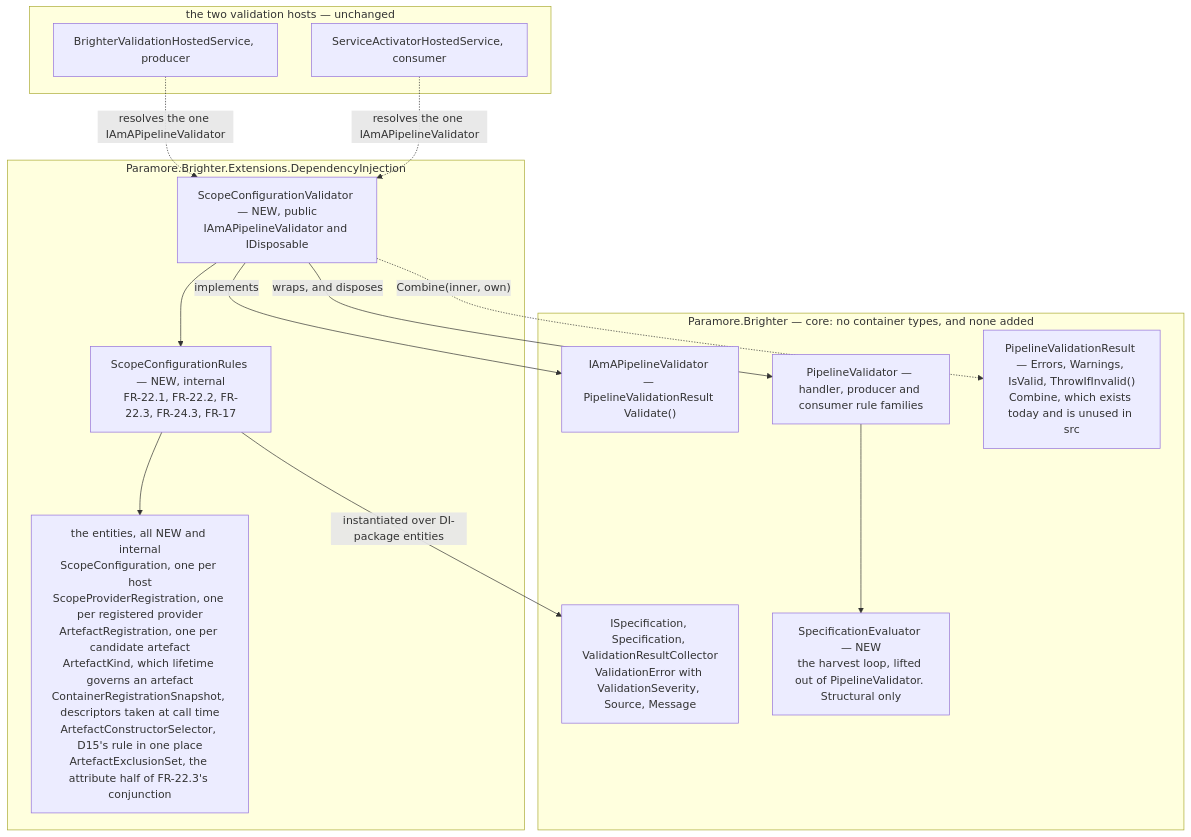
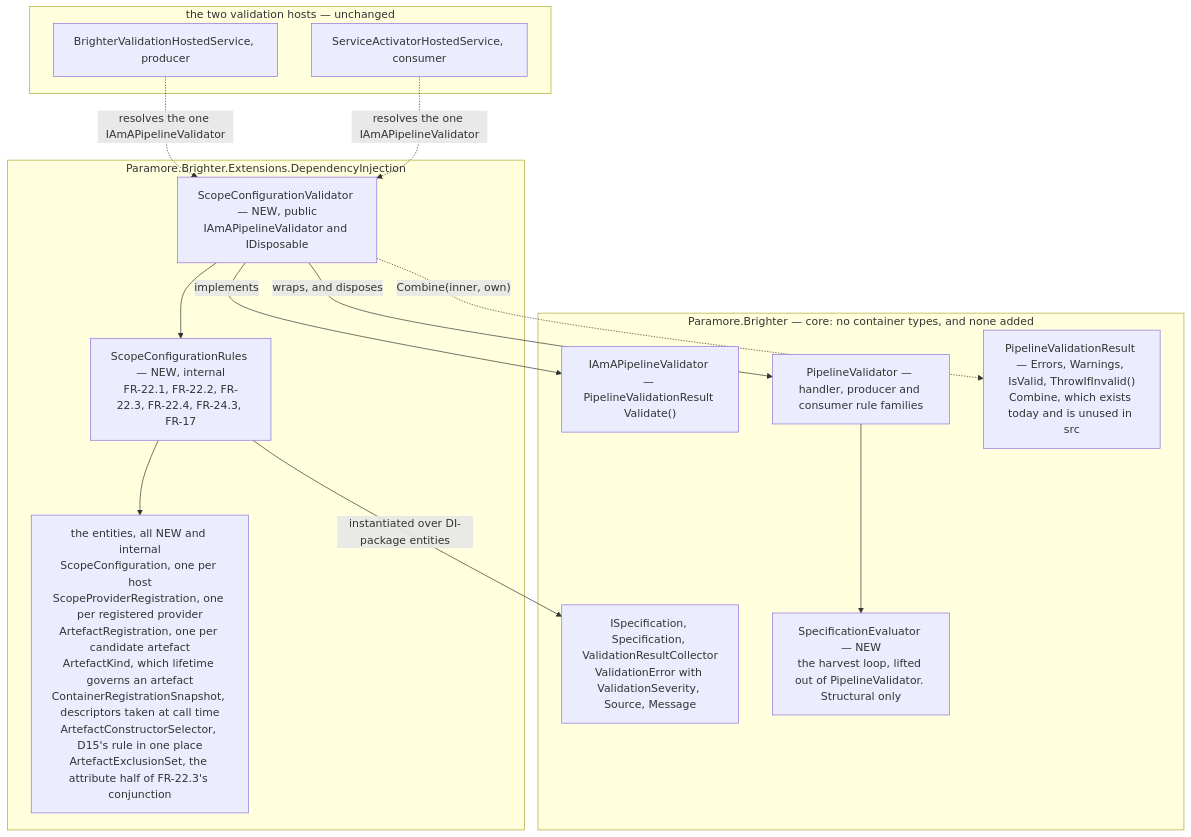
One commit to BrighterCommand/Brighter changed the second of 2 diagrams in docs/adr/0074-lifetime-validation-evaluation-site.md. Above: the diagram before and after it, drawn with Mermaid. The commit also changed other lines of this file and 3 other files, not shown here.

````diff
--- a/docs/adr/0074-lifetime-validation-evaluation-site.md
+++ b/docs/adr/0074-lifetime-validation-evaluation-site.md
@@ -152,31 +154,31 @@
 ```mermaid
 flowchart TB
     subgraph core["Paramore.Brighter — core: no container types, and none added"]
         iface["IAmAPipelineValidator — PipelineValidationResult Validate()"]
         pv["PipelineValidator — handler, producer and consumer rule families"]
         result["PipelineValidationResult — Errors, Warnings, IsValid, ThrowIfInvalid()<br/>Combine, which exists today and is unused in src"]
         specs["ISpecification, Specification, ValidationResultCollector<br/>ValidationError with ValidationSeverity, Source, Message"]
         eval["SpecificationEvaluator — NEW<br/>the harvest loop, lifted out of PipelineValidator. Structural only"]
         pv --> eval
     end
 
     subgraph di["Paramore.Brighter.Extensions.DependencyInjection"]
         dec["ScopeConfigurationValidator — NEW, public<br/>IAmAPipelineValidator and IDisposable"]
-        rules["ScopeConfigurationRules — NEW, internal<br/>FR-22.1, FR-22.2, FR-22.3, FR-24.3, FR-17"]
+        rules["ScopeConfigurationRules — NEW, internal<br/>FR-22.1, FR-22.2, FR-22.3, FR-22.4, FR-24.3, FR-17"]
         ents["the entities, all NEW and internal<br/>ScopeConfiguration, one per host<br/>ScopeProviderRegistration, one per registered provider<br/>ArtefactRegistration, one per candidate artefact<br/>ArtefactKind, which lifetime governs an artefact<br/>ContainerRegistrationSnapshot, descriptors taken at call time<br/>ArtefactConstructorSelector, D15's rule in one place<br/>ArtefactExclusionSet, the attribute half of FR-22.3's conjunction"]
         dec --> rules
         rules --> ents
     end
 
     subgraph hosts["the two validation hosts — unchanged"]
         h1["BrighterValidationHostedService, producer"]
         h2["ServiceActivatorHostedService, consumer"]
     end
 
     dec -- "implements" --> iface
     dec -- "wraps, and disposes" --> pv
     dec -. "Combine(inner, own)" .-> result
     rules -- "instantiated over DI-package entities" --> specs
     h1 -. "resolves the one IAmAPipelineValidator" .-> dec
     h2 -. "resolves the one IAmAPipelineValidator" .-> dec
 ```
````
